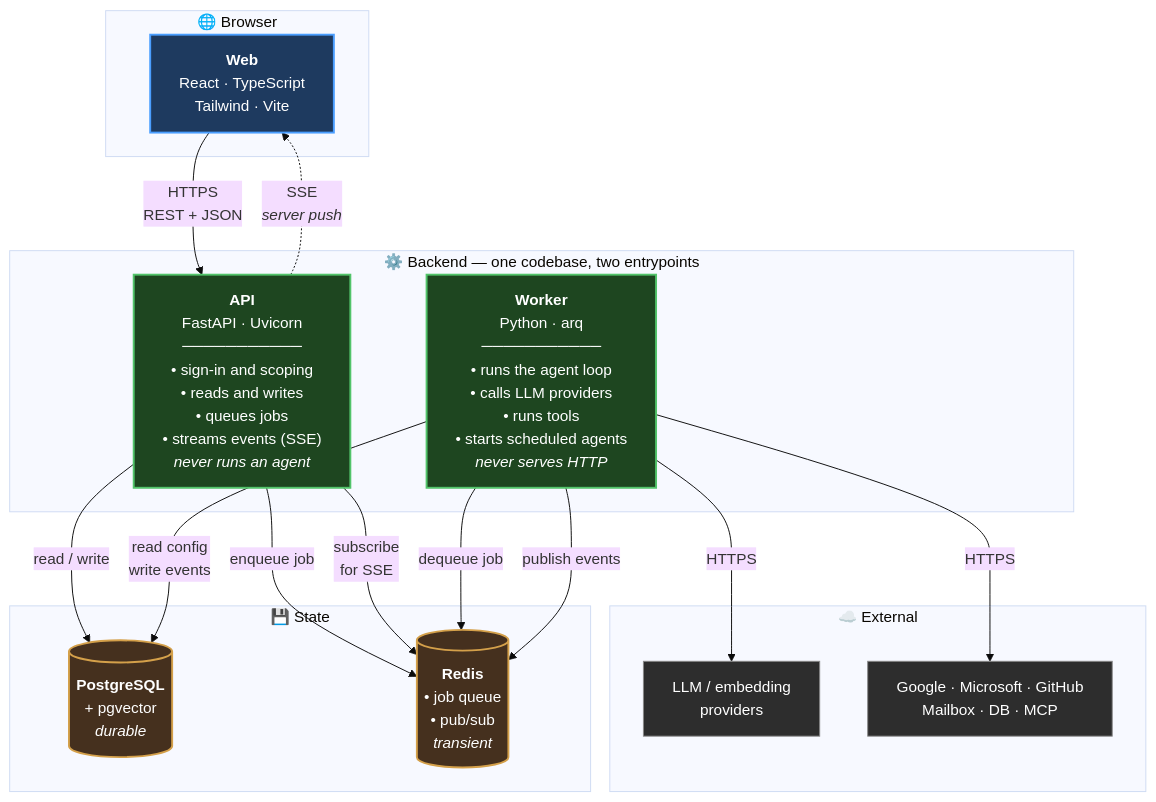
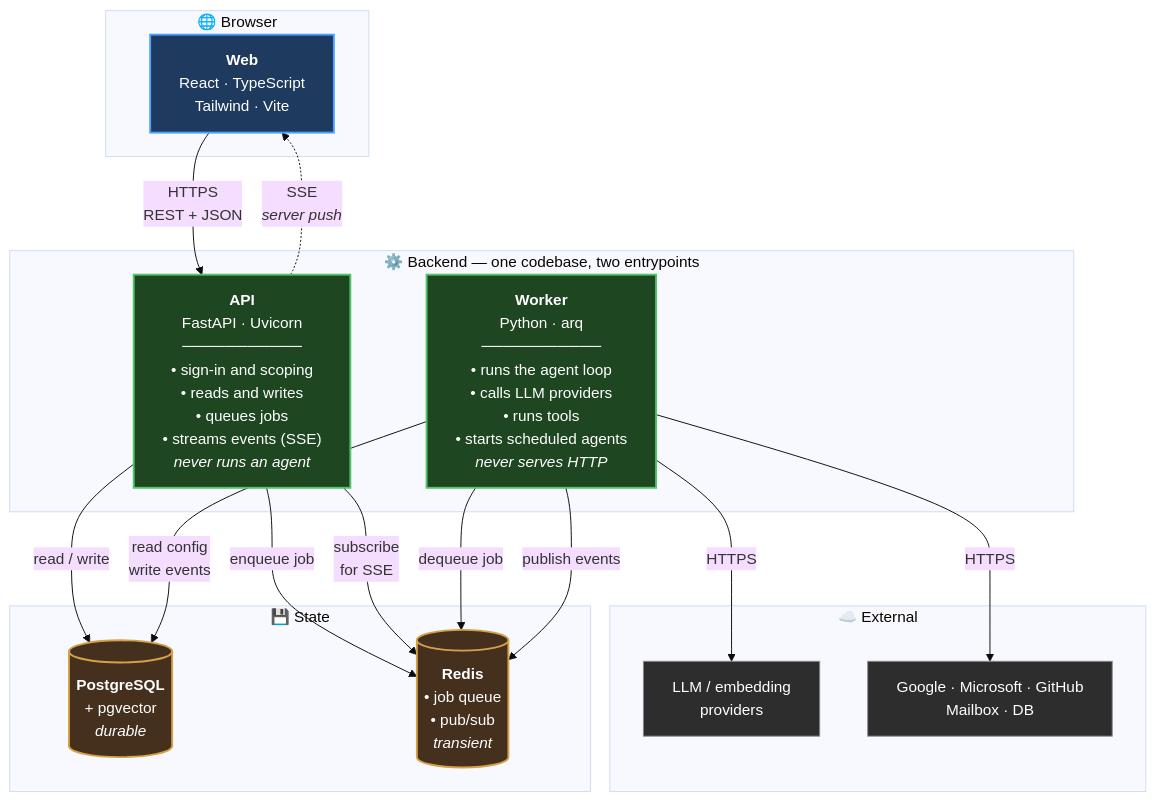
Before and after one commit to dharaneechinnu/ai-employee-platform: the second of 12 diagrams in docs/HLD.md, drawn with Mermaid (base theme). The commit also changed other lines of this file and 30 other files, not shown here.

````diff
--- a/docs/HLD.md
+++ b/docs/HLD.md
@@ -191,44 +188,44 @@
 ```mermaid
 graph TB
     subgraph client["🌐 Browser"]
         WEB["<b>Web</b><br/>React · TypeScript<br/>Tailwind · Vite"]
     end
 
     subgraph backend["⚙️ Backend — one codebase, two entrypoints"]
         API["<b>API</b><br/>FastAPI · Uvicorn<br/>───────────<br/>• sign-in and scoping<br/>• reads and writes<br/>• queues jobs<br/>• streams events (SSE)<br/><i>never runs an agent</i>"]
         WRK["<b>Worker</b><br/>Python · arq<br/>───────────<br/>• runs the agent loop<br/>• calls LLM providers<br/>• runs tools<br/>• starts scheduled agents<br/><i>never serves HTTP</i>"]
     end
 
     subgraph data["💾 State"]
         PG[("<b>PostgreSQL</b><br/>+ pgvector<br/><i>durable</i>")]
         RD[("<b>Redis</b><br/>• job queue<br/>• pub/sub<br/><i>transient</i>")]
     end
 
     subgraph ext["☁️ External"]
         LLM["LLM / embedding<br/>providers"]
-        TOOLS["Google · Microsoft · GitHub<br/>Mailbox · DB · MCP"]
+        TOOLS["Google · Microsoft · GitHub<br/>Mailbox · DB"]
     end
 
     WEB -->|"HTTPS<br/>REST + JSON"| API
     API -.->|"SSE<br/><i>server push</i>"| WEB
 
     API -->|"read / write"| PG
     API -->|"enqueue job"| RD
     API -->|"subscribe<br/>for SSE"| RD
 
     WRK -->|"dequeue job"| RD
     WRK -->|"publish events"| RD
     WRK -->|"read config<br/>write events"| PG
 
     WRK -->|"HTTPS"| LLM
     WRK -->|"HTTPS"| TOOLS
 
     classDef webStyle fill:#1e3a5f,stroke:#4a9eff,stroke-width:2px,color:#fff
     classDef apiStyle fill:#1e4620,stroke:#52c46a,stroke-width:2px,color:#fff
     classDef dataStyle fill:#45301e,stroke:#d4a04a,stroke-width:2px,color:#fff
     classDef extStyle fill:#2d2d2d,stroke:#888,color:#fff
     class WEB webStyle
     class API,WRK apiStyle
     class PG,RD dataStyle
     class LLM,TOOLS extStyle
 ```
````
